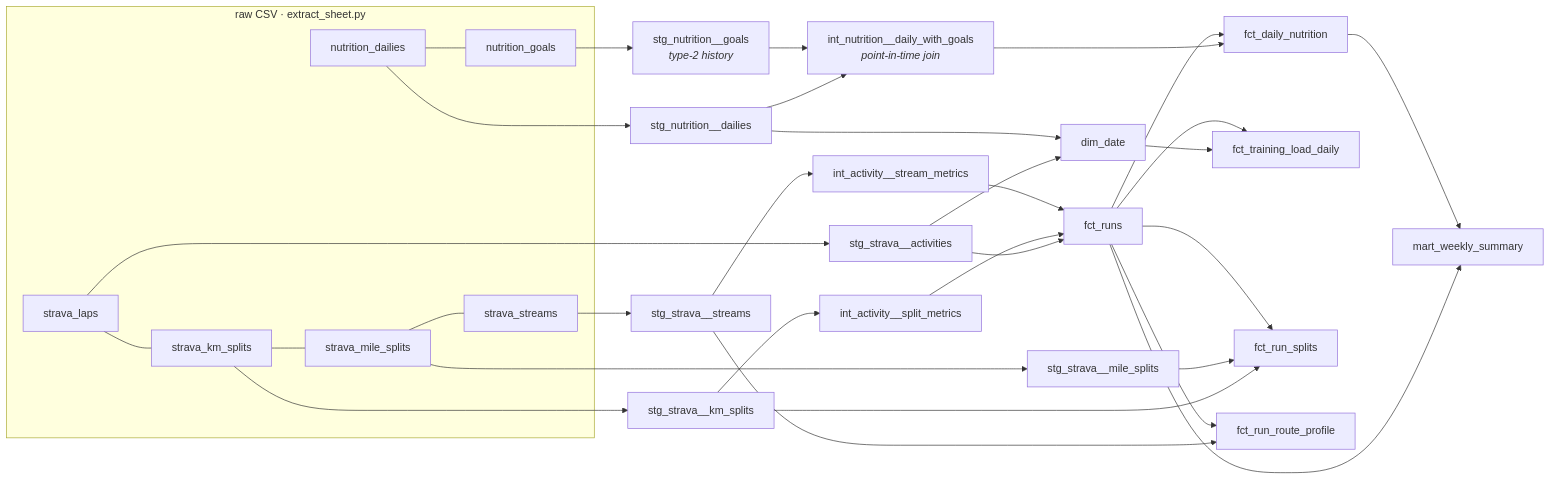
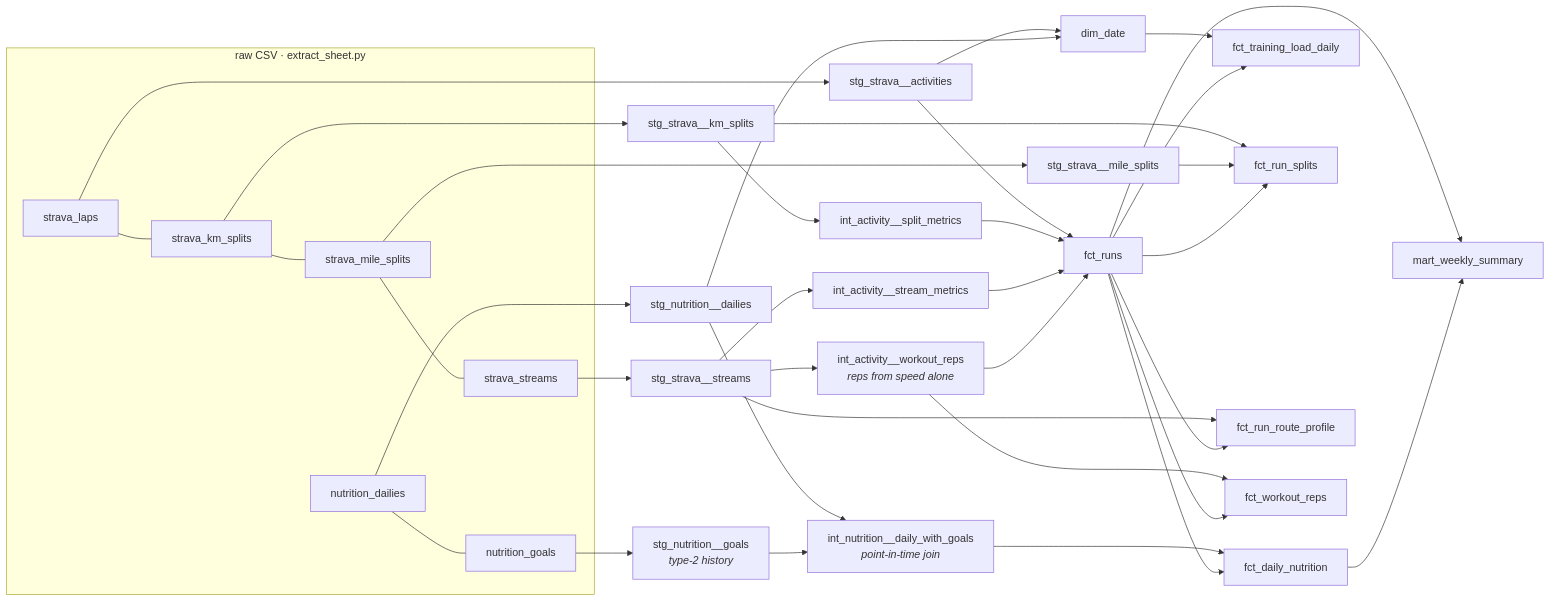
Before and after one commit to trevorlomba/run-analytics-dbt: the diagram in README.md, drawn with Mermaid. The commit also changed other lines of this file and 14 other files, not shown here.

First line of the commit message:
Detect interval reps from the speed stream

````diff
--- a/README.md
+++ b/README.md
@@ -17,33 +17,37 @@
 ```mermaid
 flowchart LR
   subgraph raw[raw CSV · extract_sheet.py]
     L[strava_laps] --- K[strava_km_splits] --- M[strava_mile_splits] --- S[strava_streams]
     D[nutrition_dailies] --- G[nutrition_goals]
   end
   L --> sa[stg_strava__activities]
   K --> sk[stg_strava__km_splits]
   M --> sm[stg_strava__mile_splits]
   S --> ss[stg_strava__streams]
   D --> nd[stg_nutrition__dailies]
   G --> ng[stg_nutrition__goals<br/><i>type-2 history</i>]
   sk --> isp[int_activity__split_metrics]
   ss --> ism[int_activity__stream_metrics]
+  ss --> iwr[int_activity__workout_reps<br/><i>reps from speed alone</i>]
   nd --> ing[int_nutrition__daily_with_goals<br/><i>point-in-time join</i>]
   ng --> ing
   sa --> fr[fct_runs]
   isp --> fr
   ism --> fr
+  iwr --> fr
   sa --> dd[dim_date]
   nd --> dd
   ing --> fn[fct_daily_nutrition]
   fr --> fn
   dd --> ft[fct_training_load_daily]
   fr --> ft
   fr --> ws[mart_weekly_summary]
   fn --> ws
   sk --> rs[fct_run_splits]
   sm --> rs
   fr --> rs
   ss --> rp[fct_run_route_profile]
   fr --> rp
+  iwr --> wr[fct_workout_reps]
+  fr --> wr
 ```
````
